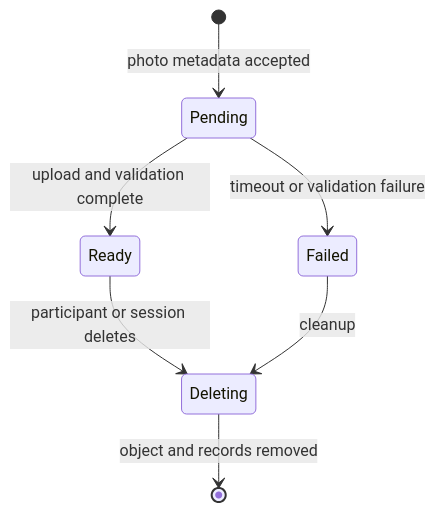
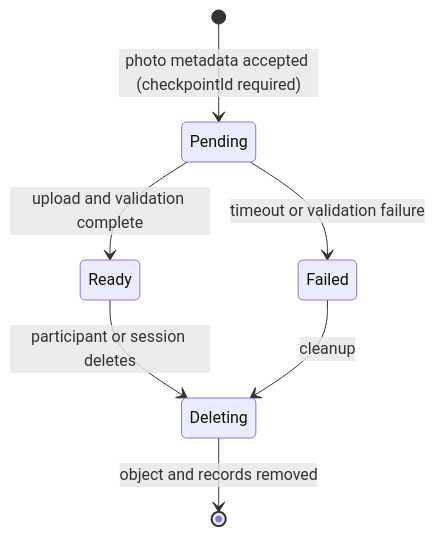
One commit to Mino829/trace-campus-installation changed the second of 3 diagrams in docs/state-machine.md. Above: the diagram before and after it, drawn with Mermaid. The commit also changed other lines of this file and 15 other files, not shown here.

````diff
--- a/docs/state-machine.md
+++ b/docs/state-machine.md
@@ -59,9 +43,9 @@
 ```mermaid
 stateDiagram-v2
-    [*] --> Pending: photo metadata accepted
+    [*] --> Pending: photo metadata accepted (checkpointId required)
     Pending --> Ready: upload and validation complete
     Pending --> Failed: timeout or validation failure
     Ready --> Deleting: participant or session deletes
     Failed --> Deleting: cleanup
     Deleting --> [*]: object and records removed
 ```
````
